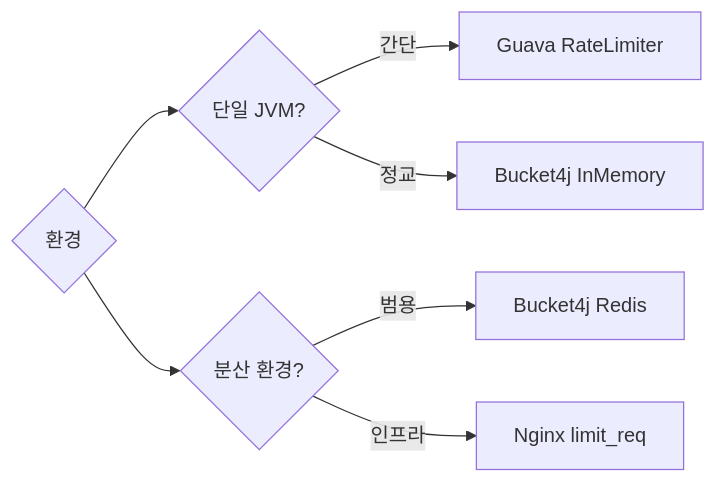
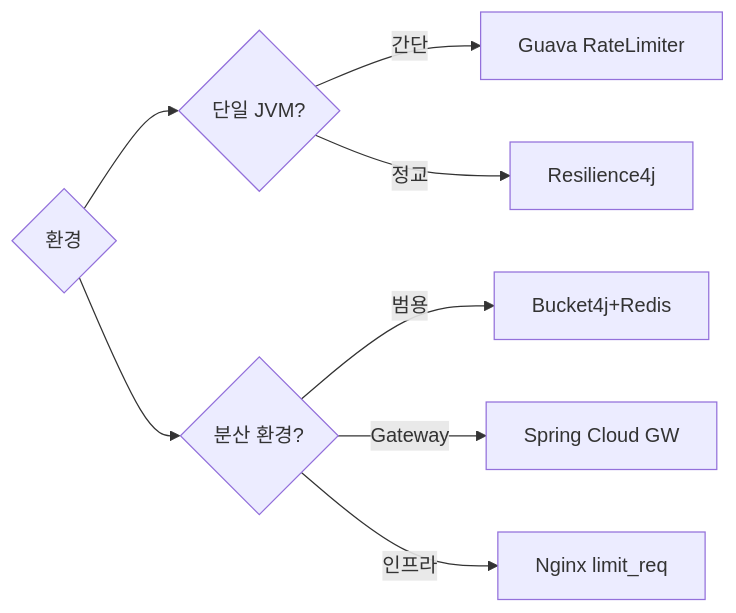
One commit to yjkim2015/yjkim2015.github.io changed the tenth of 10 diagrams in _posts/spring/2026-05-01-rate-limiting.md. Above: the diagram before and after it, drawn with Mermaid. The commit also changed other lines of this file and 4 other files, not shown here.

First line of the commit message:
Rate Limiter 2개 + 시스템 디자인 3개 WHY-driven 전면 재작성

````diff
--- a/_posts/spring/2026-05-01-rate-limiting.md
+++ b/_posts/spring/2026-05-01-rate-limiting.md
@@ -941,9 +1615,10 @@
 ```mermaid
 graph LR
-    A{"환경"} --> B{"단일 JVM?"}
-    B -->|간단| C["Guava RateLimiter"]
-    B -->|정교| D["Bucket4j InMemory"]
-    A --> E{"분산 환경?"}
-    E -->|범용| F["Bucket4j Redis"]
-    E -->|인프라| H["Nginx limit_req"]
+    ENV{"환경"} --> SJ{"단일 JVM?"}
+    SJ -->|"간단"| GV["Guava RateLimiter"]
+    SJ -->|"정교"| R4J["Resilience4j"]
+    ENV --> DS{"분산 환경?"}
+    DS -->|"범용"| B4R["Bucket4j+Redis"]
+    DS -->|"Gateway"| SCG["Spring Cloud GW"]
+    DS -->|"인프라"| NX["Nginx limit_req"]
 ```
````
